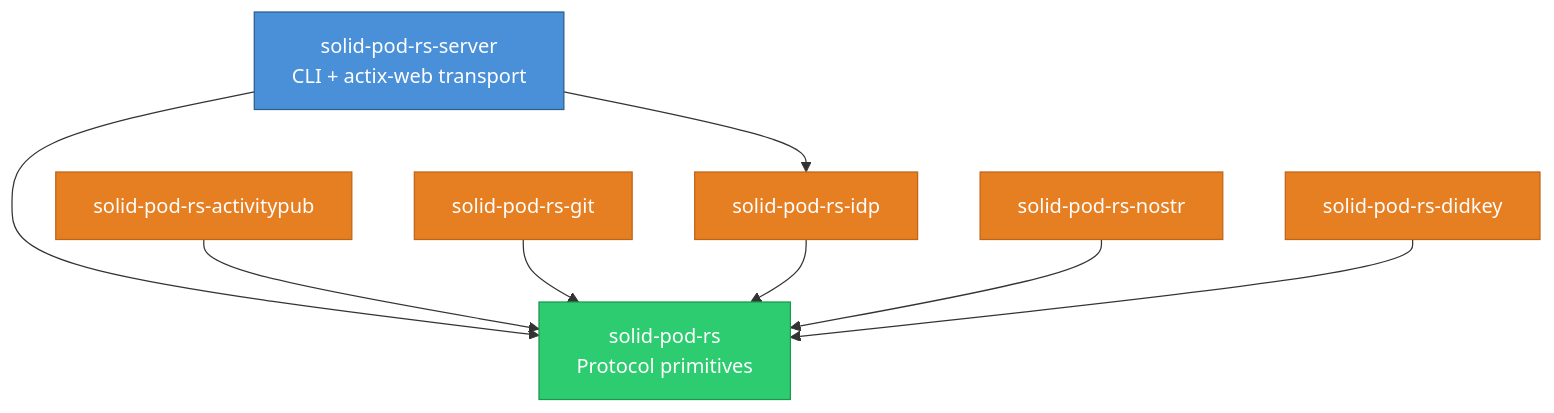
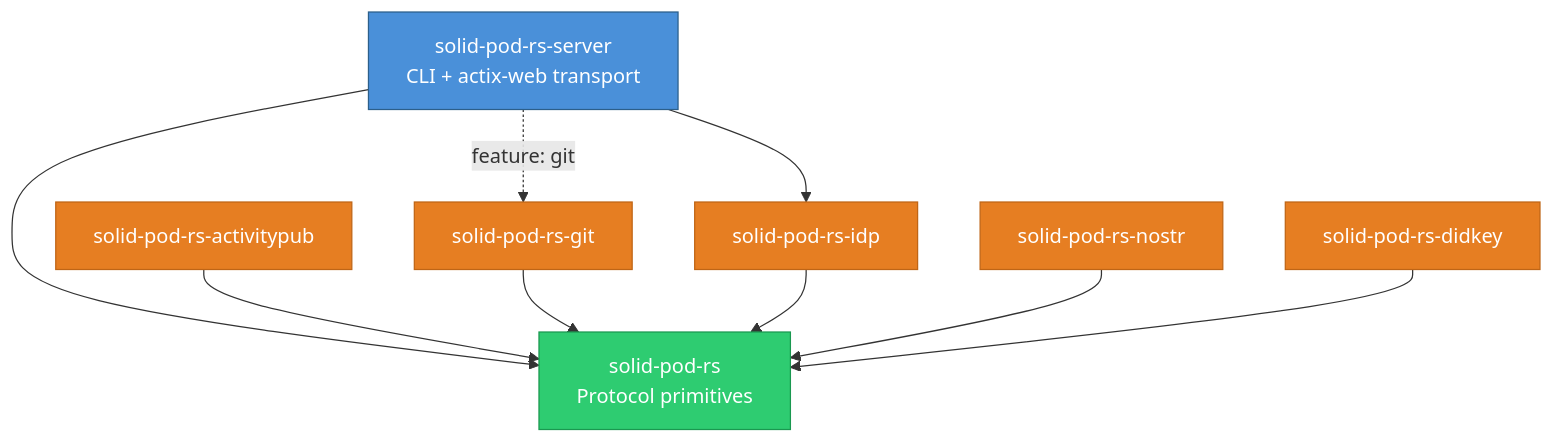
One commit to DreamLab-AI/solid-pod-rs changed the first of 2 diagrams in README.md. Above: the diagram before and after it, drawn with Mermaid. The commit also changed 12 other files, not shown here.

First line of the commit message:
docs(diagrams): verify mermaid diagrams against crate code; correct drifted claims

````diff
--- a/README.md
+++ b/README.md
@@ -149,26 +149,27 @@
 ```mermaid
 graph TD
     SERVER["solid-pod-rs-server\nCLI + actix-web transport"]
     CORE["solid-pod-rs\nProtocol primitives"]
     AP["solid-pod-rs-activitypub"]
     GIT["solid-pod-rs-git"]
     IDP["solid-pod-rs-idp"]
     NOSTR["solid-pod-rs-nostr"]
     DIDKEY["solid-pod-rs-didkey"]
 
     SERVER --> CORE
     SERVER --> IDP
+    SERVER -.->|"feature: git"| GIT
     AP --> CORE
     GIT --> CORE
     IDP --> CORE
     NOSTR --> CORE
     DIDKEY --> CORE
 
     style SERVER fill:#4a90d9,stroke:#2c5f8a,color:#fff
     style CORE fill:#2ecc71,stroke:#1a9850,color:#fff
     style AP fill:#e67e22,stroke:#bf6516,color:#fff
     style GIT fill:#e67e22,stroke:#bf6516,color:#fff
     style IDP fill:#e67e22,stroke:#bf6516,color:#fff
     style NOSTR fill:#e67e22,stroke:#bf6516,color:#fff
     style DIDKEY fill:#e67e22,stroke:#bf6516,color:#fff
 ```
````
